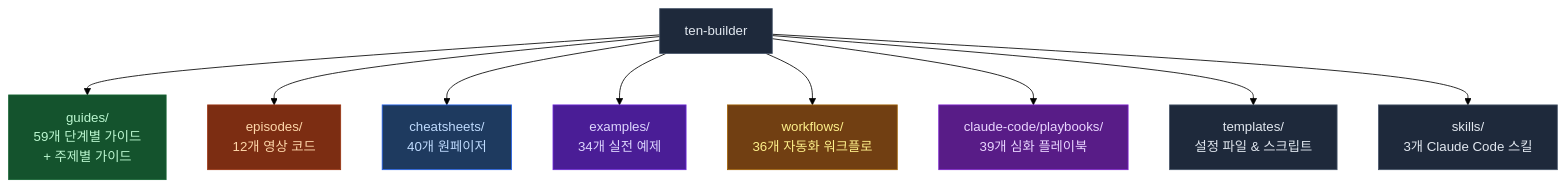
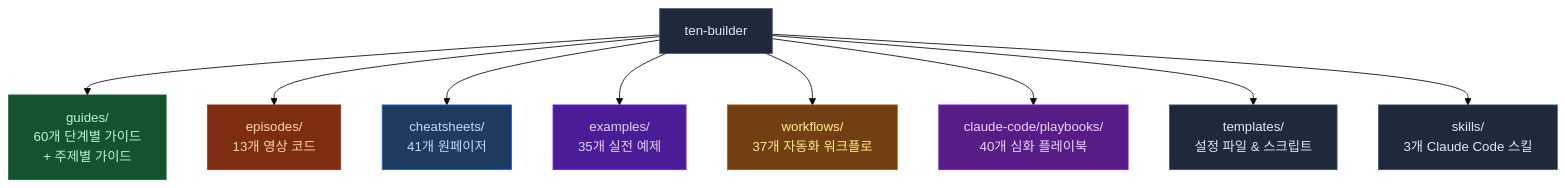
The first of 2 diagrams in README.md (ten-builder/ten-builder), drawn with Mermaid (forest theme) before and after one commit. The commit also changed other lines of this file, not shown here.

Commit message:
docs: README sync -- update counts and add ai-pr-review-bot example

````diff
--- a/README.md
+++ b/README.md
@@ -23,21 +23,21 @@
 ```mermaid
 flowchart TD
-    R["ten-builder"] --> G["guides/\n59개 단계별 가이드\n+ 주제별 가이드"]
-    R --> E["episodes/\n12개 영상 코드"]
-    R --> C["cheatsheets/\n40개 원페이저"]
-    R --> EX["examples/\n34개 실전 예제"]
-    R --> W["workflows/\n36개 자동화 워크플로"]
-    R --> P["claude-code/playbooks/\n39개 심화 플레이북"]
+    R["ten-builder"] --> G["guides/\n60개 단계별 가이드\n+ 주제별 가이드"]
+    R --> E["episodes/\n13개 영상 코드"]
+    R --> C["cheatsheets/\n41개 원페이저"]
+    R --> EX["examples/\n35개 실전 예제"]
+    R --> W["workflows/\n37개 자동화 워크플로"]
+    R --> P["claude-code/playbooks/\n40개 심화 플레이북"]
     R --> T["templates/\n설정 파일 & 스크립트"]
     R --> S["skills/\n3개 Claude Code 스킬"]
 
     style R fill:#1e293b,stroke:#475569,color:#e2e8f0
     style G fill:#14532d,stroke:#166534,color:#bbf7d0
     style E fill:#7c2d12,stroke:#9a3412,color:#fed7aa
     style C fill:#1e3a5f,stroke:#2563eb,color:#bfdbfe
     style EX fill:#4a1d96,stroke:#6d28d9,color:#ddd6fe
     style W fill:#713f12,stroke:#a16207,color:#fef08a
     style P fill:#581c87,stroke:#7e22ce,color:#e9d5ff
     style T fill:#1e293b,stroke:#475569,color:#e2e8f0
     style S fill:#1e293b,stroke:#475569,color:#e2e8f0
 ```
````
